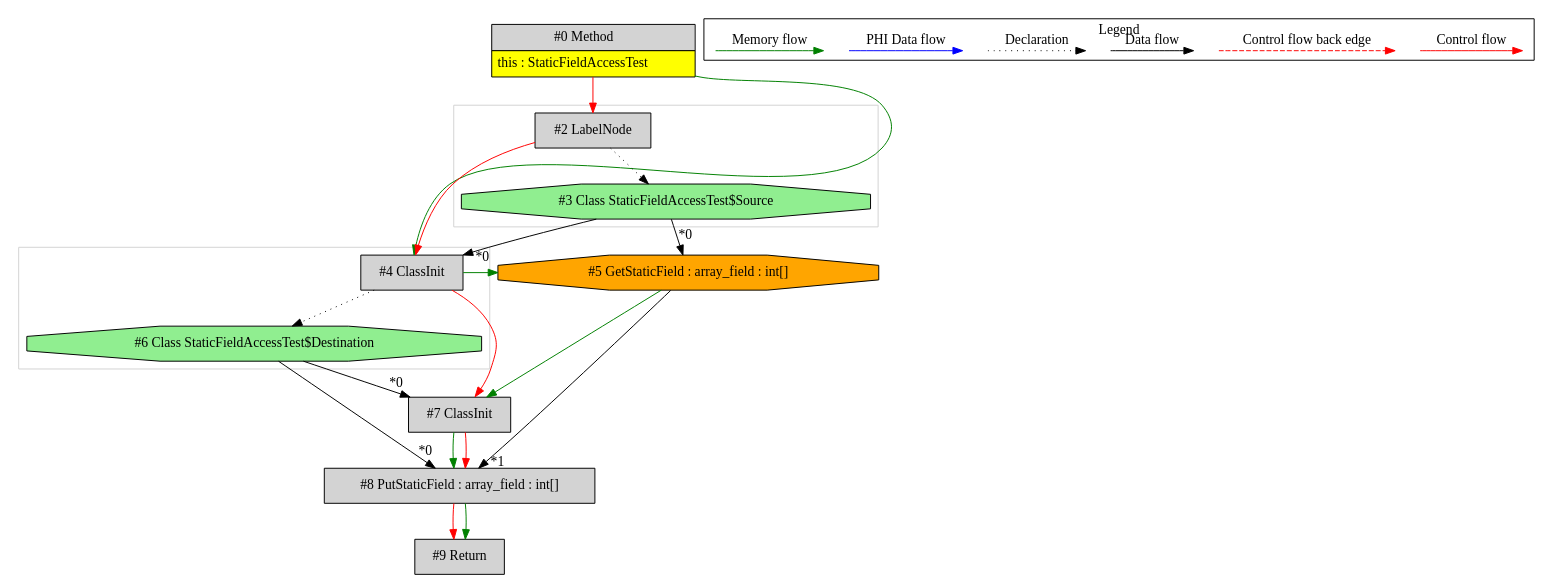
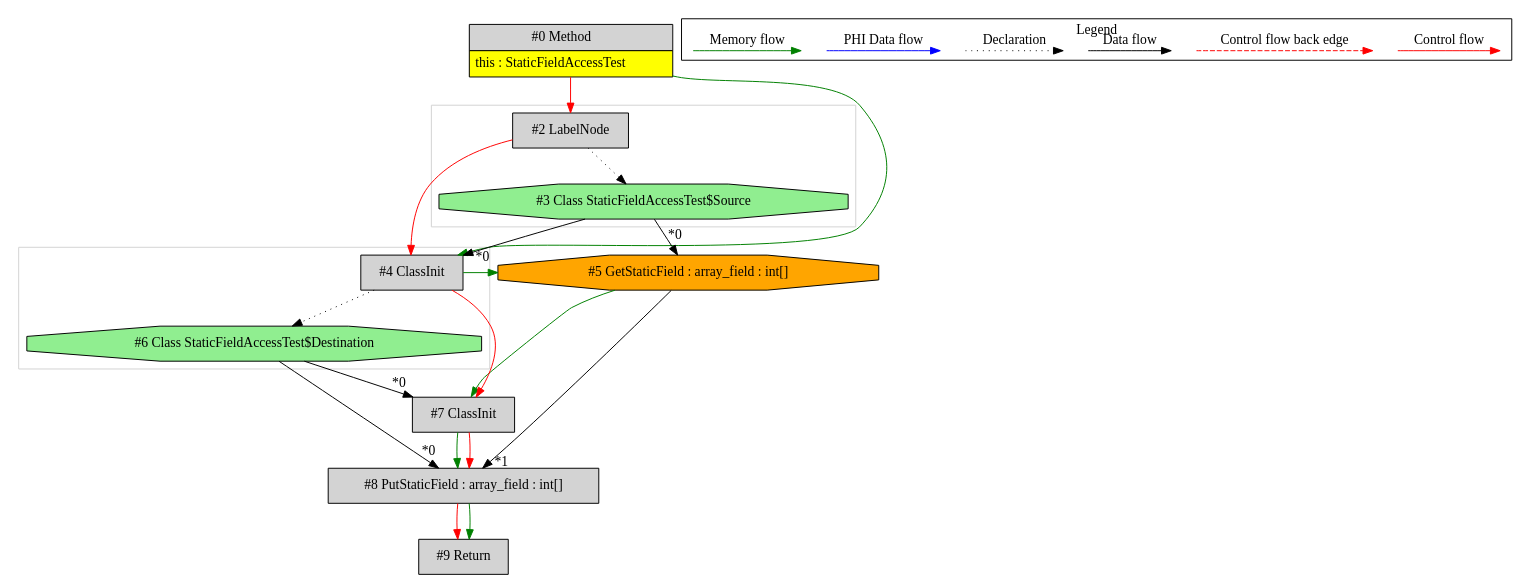
The diagram in de.mirkosertic.metair.ir.examples.StaticFieldAccessTest/copy_array/ir.dot (mirkosertic/MetaIR), drawn with Graphviz before and after one commit. The commit also changed other lines of this file and 1222 other files, not shown here.

```diff
--- a/de.mirkosertic.metair.ir.examples.StaticFieldAccessTest/copy_array/ir.dot
+++ b/de.mirkosertic.metair.ir.examples.StaticFieldAccessTest/copy_array/ir.dot
@@ -1,65 +1,65 @@
 digraph {
  ordering="in";
  node0[margin="0", label=<<table border="0" cellborder="1" cellspacing="0" cellpadding="5"><tr><td colspan="1">#0 Method</td></tr><tr><td port="prj1" bgcolor="yellow">this : StaticFieldAccessTest</td></tr></table>>,shape=none, fillcolor=lightgrey, style=filled];
- node4[label="#4 ClassInit",shape=box, fillcolor=lightgrey, style=filled];
- node3 -> node4[headlabel="*0", labeldistance=2];
- node0 -> node4[labeldistance=2, color=green, constraint=false];
- node2 -> node4[labeldistance=2, color=red, fontcolor=red];
  node2[label="#2 LabelNode",shape=box, fillcolor=lightgrey, style=filled];
  node0 -> node2[labeldistance=2, color=red, fontcolor=red];
  node3[label="#3 Class StaticFieldAccessTest$Source",shape=octagon, fillcolor=lightgreen, style=filled];
  node2 -> node3[style=dotted];
  node5[label="#5 GetStaticField : array_field : int[]",shape=octagon, fillcolor=orange, style=filled];
  node3 -> node5[headlabel="*0", labeldistance=2];
  node4 -> node5[labeldistance=2, color=green, constraint=false];
+ node4[label="#4 ClassInit",shape=box, fillcolor=lightgrey, style=filled];
+ node3 -> node4[headlabel="*0", labeldistance=2];
+ node0 -> node4[labeldistance=2, color=green, constraint=false];
+ node2 -> node4[labeldistance=2, color=red, fontcolor=red];
+ node6[label="#6 Class StaticFieldAccessTest$Destination",shape=octagon, fillcolor=lightgreen, style=filled];
+ node4 -> node6[style=dotted];
+ node7[label="#7 ClassInit",shape=box, fillcolor=lightgrey, style=filled];
+ node6 -> node7[headlabel="*0", labeldistance=2];
+ node5 -> node7[labeldistance=2, color=green, constraint=false];
+ node4 -> node7[labeldistance=2, color=red, fontcolor=red];
  node8[label="#8 PutStaticField : array_field : int[]",shape=box, fillcolor=lightgrey, style=filled];
  node6 -> node8[headlabel="*0", labeldistance=2];
  node5 -> node8[headlabel="*1", labeldistance=2];
  node7 -> node8[labeldistance=2, color=green, constraint=false];
  node7 -> node8[labeldistance=2, color=red, fontcolor=red];
- node7[label="#7 ClassInit",shape=box, fillcolor=lightgrey, style=filled];
- node6 -> node7[headlabel="*0", labeldistance=2];
- node5 -> node7[labeldistance=2, color=green, constraint=false];
- node4 -> node7[labeldistance=2, color=red, fontcolor=red];
- node6[label="#6 Class StaticFieldAccessTest$Destination",shape=octagon, fillcolor=lightgreen, style=filled];
- node4 -> node6[style=dotted];
  node9[label="#9 Return",shape=box, fillcolor=lightgrey, style=filled];
  node8 -> node9[labeldistance=2, color=red, fontcolor=red];
  node8 -> node9[labeldistance=2, color=green, constraint=false];
  subgraph cluster_0 {
   color=lightgray;
-  node2;
-  node3;
+  node4;
+  node6;
  }
  subgraph cluster_1 {
   color=lightgray;
-  node4;
-  node6;
+  node2;
+  node3;
  }
  subgraph cluster_000 {
   label = "Legend";
   node [shape=point]
   {
    rank=same;
    c0 [style = invis];
    c1 [style = invis];
    c2 [style = invis];
    c3 [style = invis];
    d0 [style = invis];
    d1 [style = invis];
    d2 [style = invis];
    d3 [style = invis];
    d4 [style = invis];
    d5 [style = invis];
    d6 [style = invis];
    d7 [style = invis];
   }
   c0 -> c1 [label="Control flow", style=solid, color=red]
   c2 -> c3 [label="Control flow back edge", style=dashed, color=red]
   d0 -> d1 [label="Data flow"]
   d2 -> d3 [label="Declaration", style=dotted]
   d4 -> d5 [label="PHI Data flow", color=blue]
   d6 -> d7 [label="Memory flow", color=green]
  }
 
 }
```
